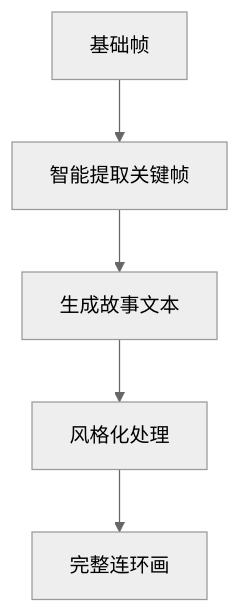
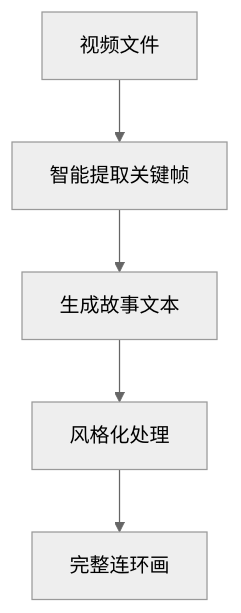
The second of 2 diagrams in zane/api.md (chiimagnus/FrameWeavers), drawn with Mermaid (neutral theme) before and after one commit. The commit also changed other lines of this file and 165 other files, not shown here.

````diff
--- a/zane/api.md
+++ b/zane/api.md
@@ -145,7 +168,7 @@
 ```mermaid
 graph TD
-    A[基础帧] --> B[智能提取关键帧]
+    A[视频文件] --> B[智能提取关键帧]
     B --> C[生成故事文本]
     C --> D[风格化处理]
     D --> E[完整连环画]
 ```
````
